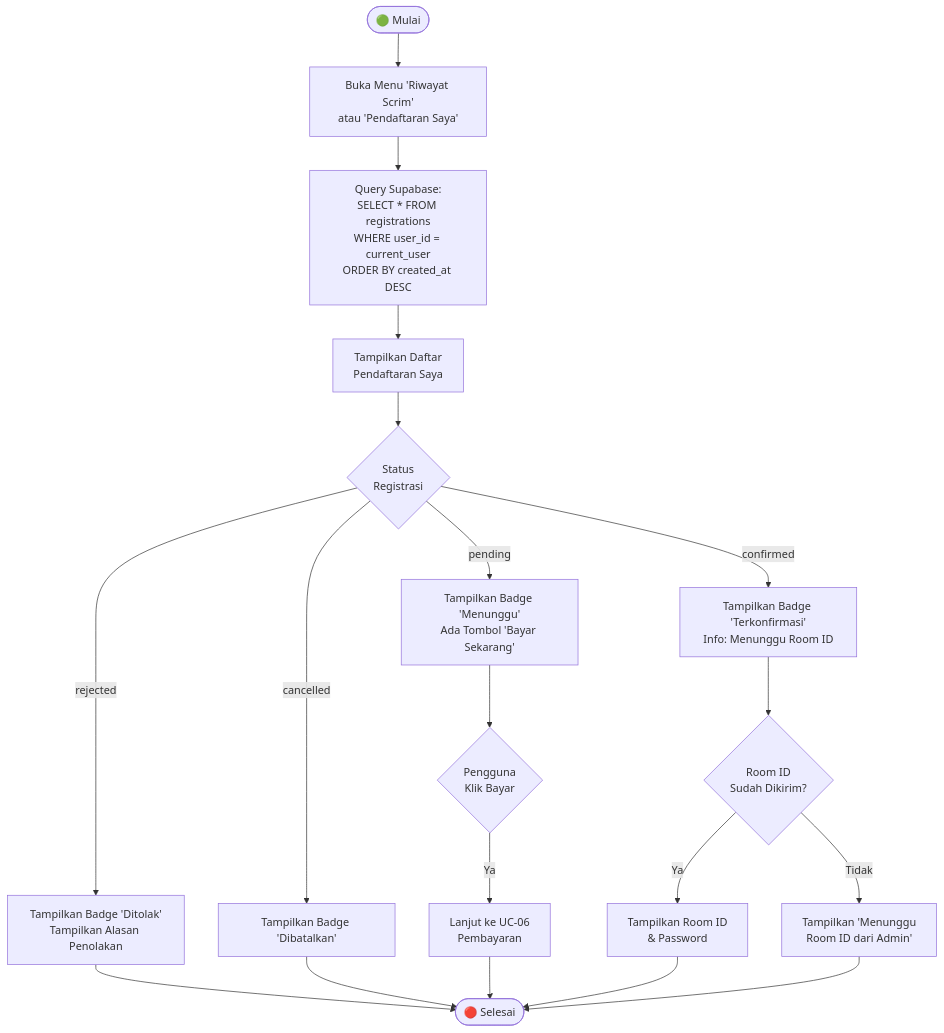
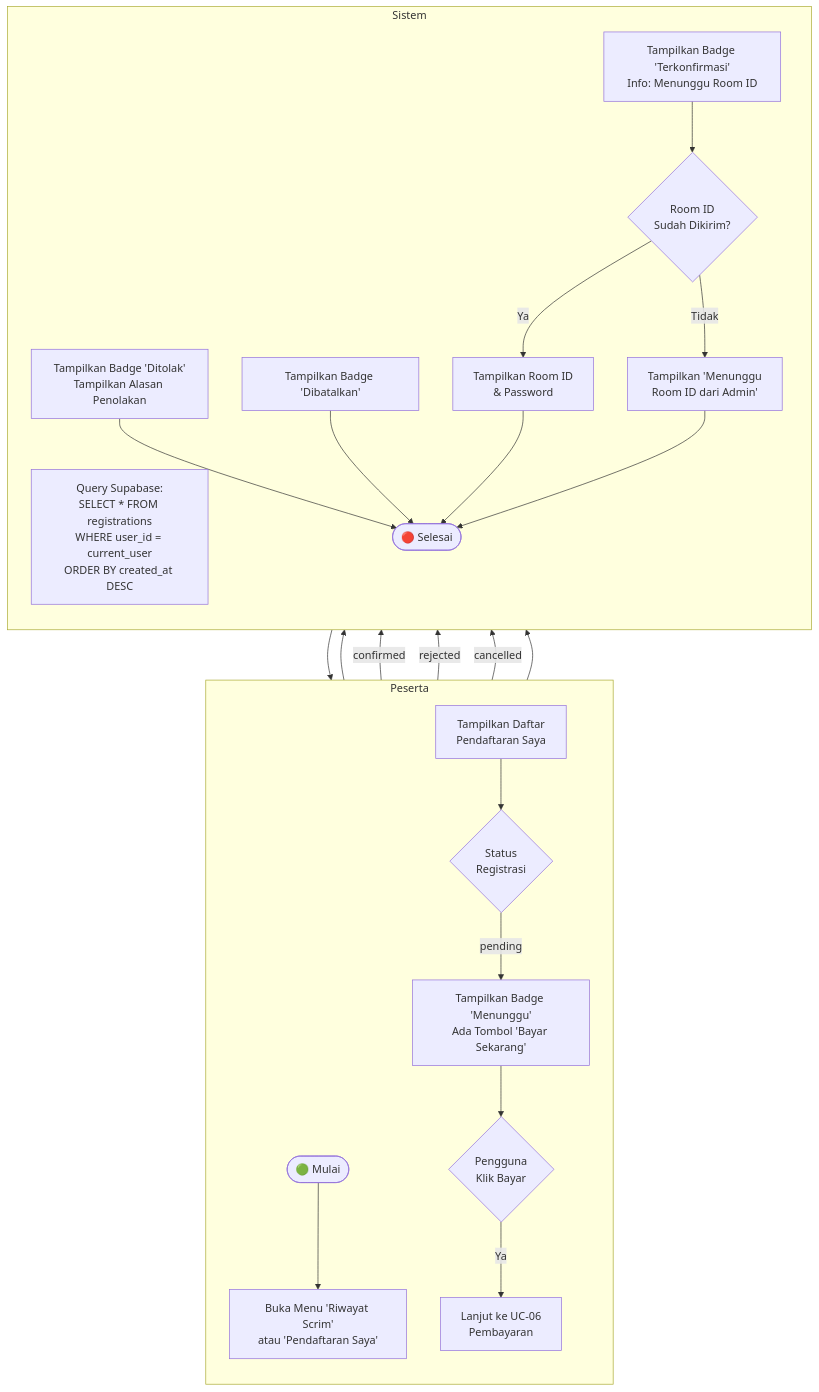
Before and after one commit to yosima050/booyahhub: the eighth of 43 diagrams in DOKUMENTASI.md, drawn with Mermaid. The commit also changed other lines of this file, not shown here.

Commit message:
docs: rename Platform Owner role to Platform and refactor Mermaid flowcharts in documentation

````diff
--- a/DOKUMENTASI.md
+++ b/DOKUMENTASI.md
@@ -386,17 +431,24 @@
 ```mermaid
 flowchart TD
-    A([🟢 Mulai]) --> B[Buka Menu 'Riwayat Scrim'\natau 'Pendaftaran Saya']
-    B --> C[Query Supabase:\nSELECT * FROM registrations\nWHERE user_id = current_user\nORDER BY created_at DESC]
-    C --> D[Tampilkan Daftar\nPendaftaran Saya]
-    D --> E{Status\nRegistrasi}
-    E -->|pending| F[Tampilkan Badge 'Menunggu'\nAda Tombol 'Bayar Sekarang']
-    E -->|confirmed| G[Tampilkan Badge 'Terkonfirmasi'\nInfo: Menunggu Room ID]
-    E -->|rejected| H[Tampilkan Badge 'Ditolak'\nTampilkan Alasan Penolakan]
-    E -->|cancelled| I[Tampilkan Badge 'Dibatalkan']
-    F --> J{Pengguna\nKlik Bayar}
-    J -->|Ya| K[Lanjut ke UC-06\nPembayaran]
-    G --> L{Room ID\nSudah Dikirim?}
-    L -->|Ya| M[Tampilkan Room ID\n& Password]
-    L -->|Tidak| N[Tampilkan 'Menunggu\nRoom ID dari Admin']
-    H & I & K & M & N --> O([🔴 Selesai])
+    subgraph Peserta
+        direction TB
+        A([🟢 Mulai]) --> B[Buka Menu 'Riwayat Scrim'<br/>atau 'Pendaftaran Saya']
+        D --> E
+        F --> J{Pengguna<br/>Klik Bayar}
+        J -->|Ya| K[Lanjut ke UC-06<br/>Pembayaran]
+    end
+
+    subgraph Sistem
+        direction TB
+        B --> C[Query Supabase:<br/>SELECT * FROM registrations<br/>WHERE user_id = current_user<br/>ORDER BY created_at DESC]
+        C --> D[Tampilkan Daftar<br/>Pendaftaran Saya]
+        E{Status<br/>Registrasi} -->|pending| F[Tampilkan Badge 'Menunggu'<br/>Ada Tombol 'Bayar Sekarang']
+        E -->|confirmed| G[Tampilkan Badge 'Terkonfirmasi'<br/>Info: Menunggu Room ID]
+        E -->|rejected| H[Tampilkan Badge 'Ditolak'<br/>Tampilkan Alasan Penolakan]
+        E -->|cancelled| I[Tampilkan Badge 'Dibatalkan']
+        G --> L{Room ID<br/>Sudah Dikirim?}
+        L -->|Ya| M[Tampilkan Room ID<br/>& Password]
+        L -->|Tidak| N[Tampilkan 'Menunggu<br/>Room ID dari Admin']
+        H & I & K & M & N --> O([🔴 Selesai])
+    end
 ```
````
